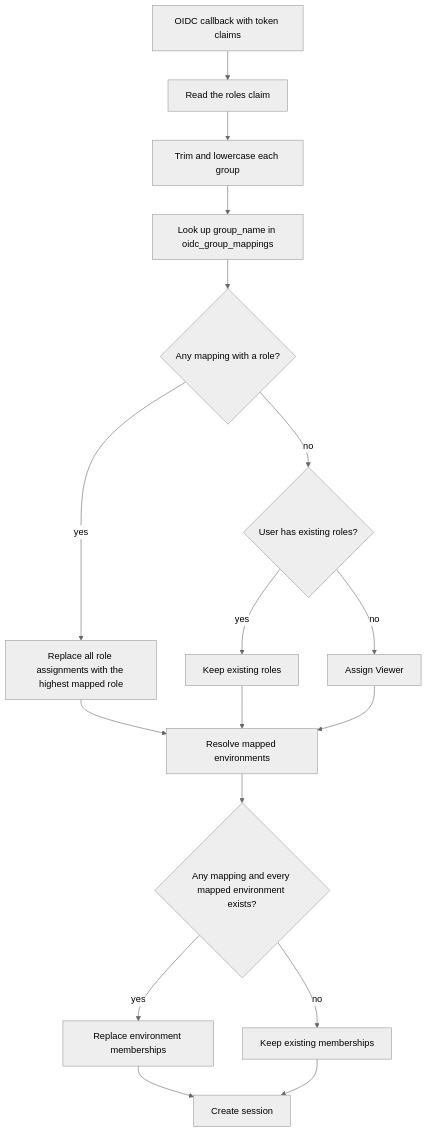
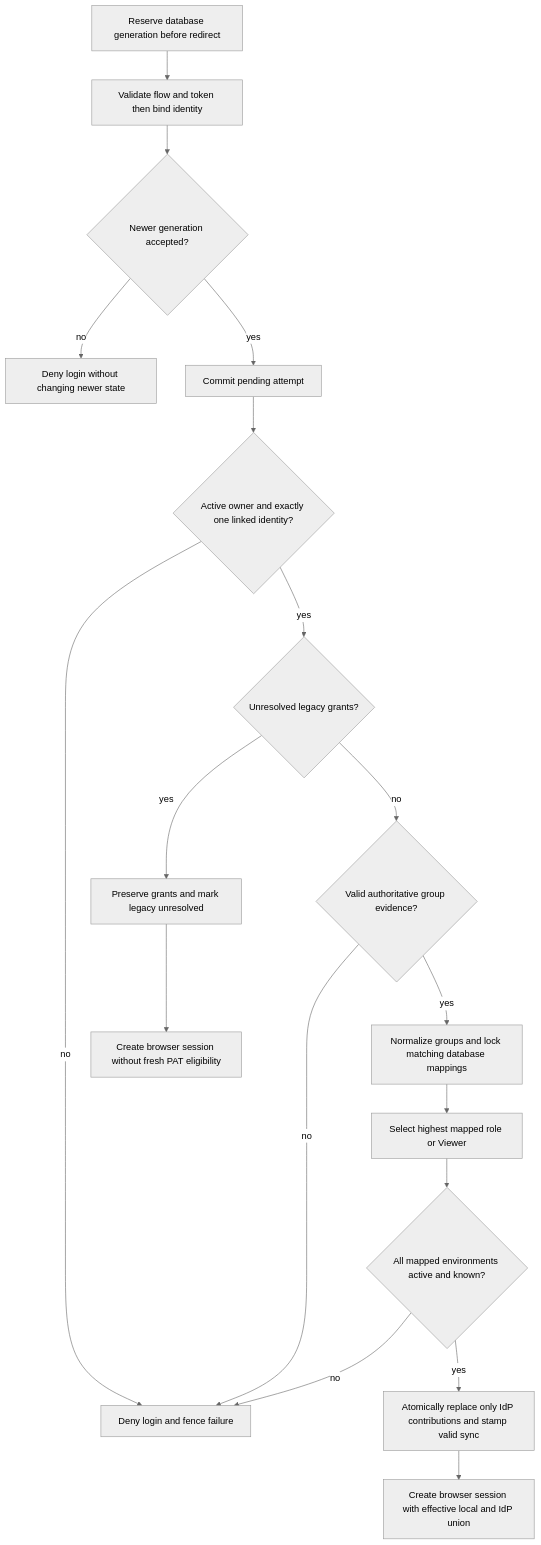
The diagram in docs/knowledge/security/oidc-role-mapping.md (usmcamp0811/crystal-forge), drawn with Mermaid (neutral theme) before and after one commit. The commit also changed other lines of this file and 32 other files, not shown here.

Commit message:
TASK-529.2: track OIDC grant sources and authoritative sync

````diff
--- a/docs/knowledge/security/oidc-role-mapping.md
+++ b/docs/knowledge/security/oidc-role-mapping.md
@@ -54,19 +67,20 @@
 ```mermaid
 flowchart TD
-    A[OIDC callback with token claims] --> B[Read the roles claim]
-    B --> C[Trim and lowercase each group]
-    C --> D[Look up group_name in oidc_group_mappings]
-    D --> E{Any mapping with a role?}
-    E -- yes --> F[Replace all role assignments with the highest mapped role]
-    E -- no --> G{User has existing roles?}
-    G -- yes --> H[Keep existing roles]
-    G -- no --> I[Assign Viewer]
-    F --> J[Resolve mapped environments]
-    H --> J
-    I --> J
-    J --> K{Any mapping and every mapped environment exists?}
-    K -- yes --> L[Replace environment memberships]
-    K -- no --> M[Keep existing memberships]
-    L --> N[Create session]
-    M --> N
+    A[Reserve database generation before redirect] --> B[Validate flow and token then bind identity]
+    B --> C{Newer generation accepted?}
+    C -- no --> X[Deny login without changing newer state]
+    C -- yes --> D[Commit pending attempt]
+    D --> E{Active owner and exactly one linked identity?}
+    E -- no --> Y[Deny login and fence failure]
+    E -- yes --> F{Unresolved legacy grants?}
+    F -- yes --> G[Preserve grants and mark legacy unresolved]
+    G --> N[Create browser session without fresh PAT eligibility]
+    F -- no --> H{Valid authoritative group evidence?}
+    H -- no --> Y
+    H -- yes --> I[Normalize groups and lock matching database mappings]
+    I --> J[Select highest mapped role or Viewer]
+    J --> K{All mapped environments active and known?}
+    K -- no --> Y
+    K -- yes --> L[Atomically replace only IdP contributions and stamp valid sync]
+    L --> M[Create browser session with effective local and IdP union]
 ```
````
